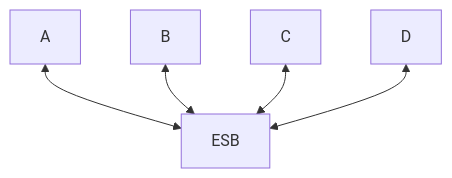
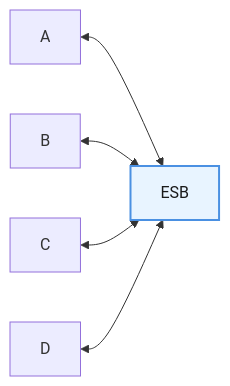
Before and after one commit to i31pc17/bitbook: diagram 12 of 22 in 모던 데이터 아키텍처/8장. API로 연결하기.md, drawn with Mermaid. The commit also changed other lines of this file and 8 other files, not shown here.

````diff
--- a/모던 데이터 아키텍처/8장. API로 연결하기.md
+++ b/모던 데이터 아키텍처/8장. API로 연결하기.md
@@ -560,7 +561,9 @@
 ```mermaid
-flowchart TD
+flowchart LR
     a["A"] <--> esb["ESB"]
     b["B"] <--> esb
     c["C"] <--> esb
     d["D"] <--> esb
+
+    style esb fill:#e8f4ff,stroke:#4a90e2,stroke-width:2px,color:#1a1a1a
 ```
````
